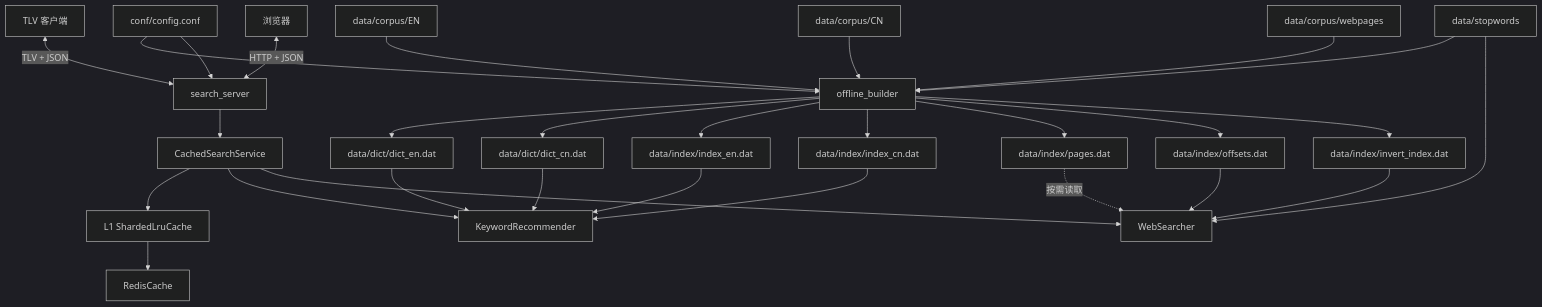
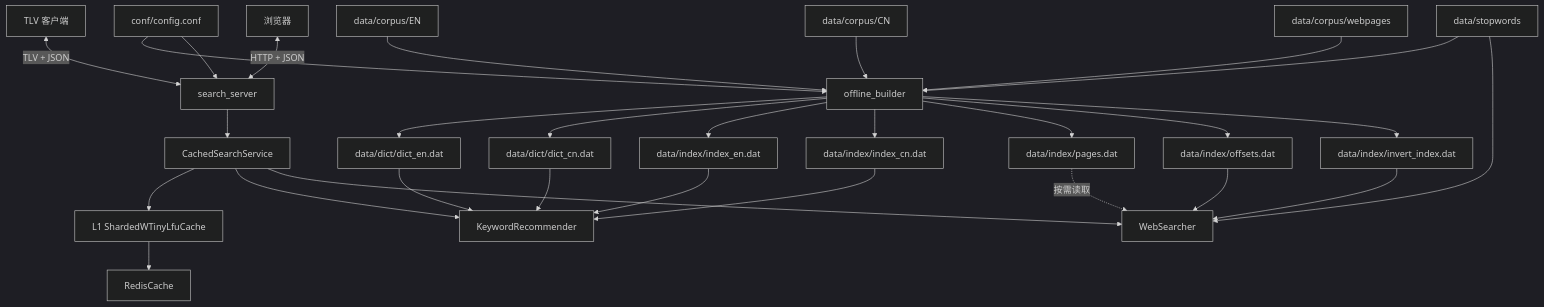
Before and after one commit to dijk4tra/Cpp_Advanced: the first of 11 diagrams in 课件/07_搜索引擎项目/03_SearchEngine_V3/README.md, drawn with Mermaid (dark theme). The commit also changed other lines of this file and 10 other files, not shown here.

````diff
--- a/课件/07_搜索引擎项目/03_SearchEngine_V3/README.md
+++ b/课件/07_搜索引擎项目/03_SearchEngine_V3/README.md
@@ -41,36 +41,36 @@
 ```mermaid
 flowchart TD
     CFG[conf/config.conf] --> OFF[offline_builder]
     CFG --> ON[search_server]
 
     ENC[data/corpus/EN] --> OFF
     CNC[data/corpus/CN] --> OFF
     WEB[data/corpus/webpages] --> OFF
     SW[data/stopwords] --> OFF
 
     OFF --> ED[data/dict/dict_en.dat]
     OFF --> CD[data/dict/dict_cn.dat]
     OFF --> EI[data/index/index_en.dat]
     OFF --> CI[data/index/index_cn.dat]
     OFF --> P[data/index/pages.dat]
     OFF --> O[data/index/offsets.dat]
     OFF --> INV[data/index/invert_index.dat]
 
     Client[TLV 客户端] <-->|TLV + JSON| ON
     Browser[浏览器] <-->|HTTP + JSON| ON
 
     ON --> CACHED[CachedSearchService]
-    CACHED --> L1[L1 ShardedLruCache]
+    CACHED --> L1[L1 ShardedWTinyLfuCache]
     L1 --> L2[RedisCache]
     CACHED --> REC[KeywordRecommender]
     CACHED --> SEARCH[WebSearcher]
 
     ED --> REC
     CD --> REC
     EI --> REC
     CI --> REC
     INV --> SEARCH
     O --> SEARCH
     P -.按需读取.-> SEARCH
     SW --> SEARCH
 ```
````
